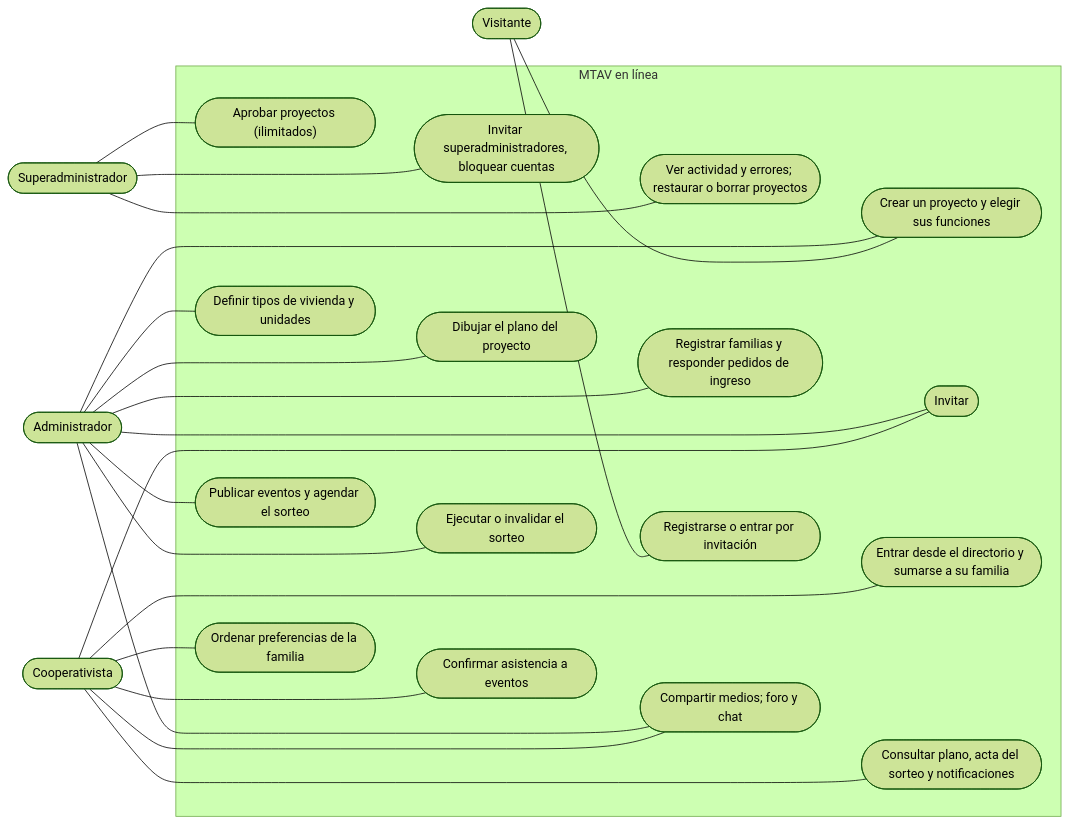
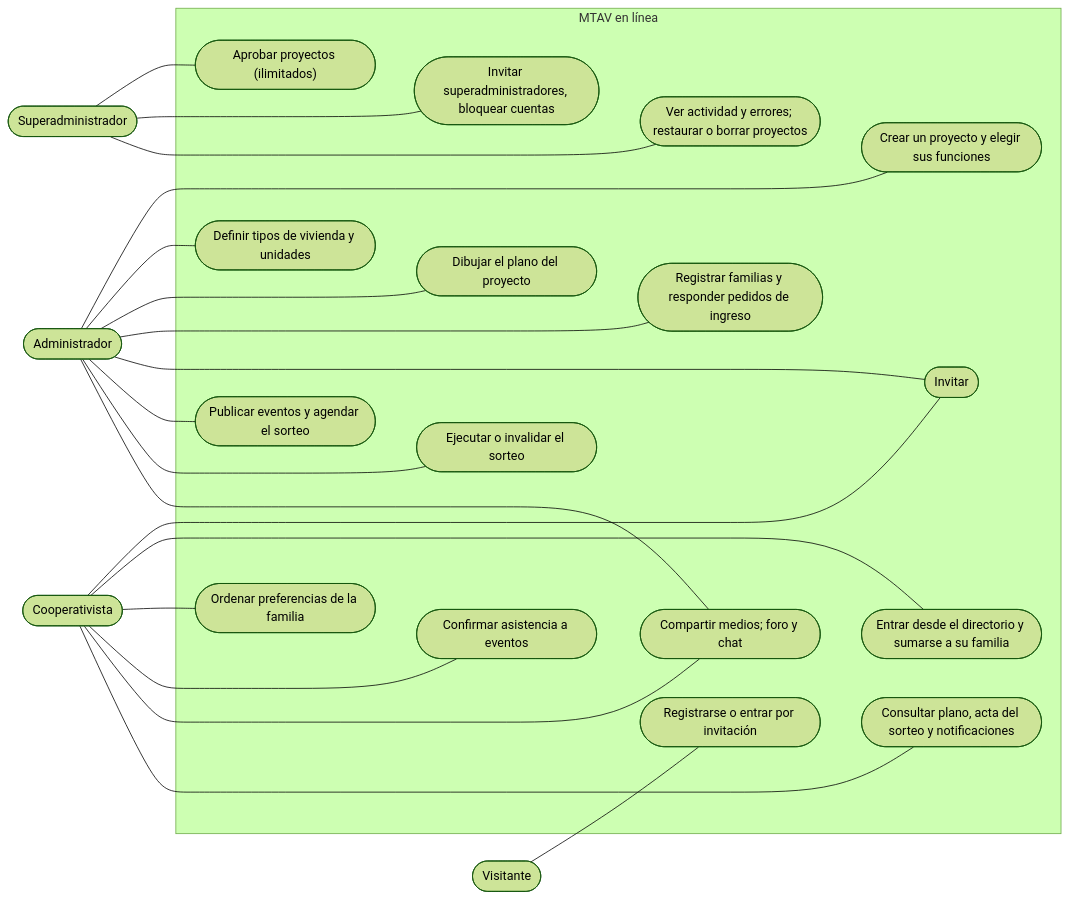
The diagram in documentation/thesis/assets/casos-uso.mmd (devvir/mtav), drawn with Mermaid (forest theme) before and after one commit. The commit also changed 18 other files, not shown here.

```diff
--- a/documentation/thesis/assets/casos-uso.mmd
+++ b/documentation/thesis/assets/casos-uso.mmd
@@ -1,48 +1,47 @@
 flowchart LR
     SA(["Superadministrador"])
     AD(["Administrador"])
     CO(["Cooperativista"])
     VI(["Visitante"])
 
     subgraph MTAV["MTAV en línea"]
         UC1(["Aprobar proyectos (ilimitados)"])
         UC2(["Invitar superadministradores, bloquear cuentas"])
         UC3(["Ver actividad y errores; restaurar o borrar proyectos"])
         UC4(["Crear un proyecto y elegir sus funciones"])
         UC5(["Definir tipos de vivienda y unidades"])
         UC6(["Dibujar el plano del proyecto"])
         UC7(["Registrar familias y responder pedidos de ingreso"])
         UC8(["Invitar"])
         UC9(["Publicar eventos y agendar el sorteo"])
         UC10(["Ejecutar o invalidar el sorteo"])
         UC11(["Registrarse o entrar por invitación"])
         UC12(["Entrar desde el directorio y sumarse a su familia"])
         UC13(["Ordenar preferencias de la familia"])
         UC14(["Confirmar asistencia a eventos"])
         UC15(["Compartir medios; foro y chat"])
         UC16(["Consultar plano, acta del sorteo y notificaciones"])
         UC1 ~~~ UC2 ~~~ UC3 ~~~ UC4
         UC5 ~~~ UC6 ~~~ UC7 ~~~ UC8
         UC9 ~~~ UC10 ~~~ UC11 ~~~ UC12
         UC13 ~~~ UC14 ~~~ UC15 ~~~ UC16
     end
 
     SA --- UC1
     SA --- UC2
     SA --- UC3
     AD --- UC4
     AD --- UC5
     AD --- UC6
     AD --- UC7
     AD --- UC8
     AD --- UC9
     AD --- UC10
     AD --- UC15
     CO --- UC8
     CO --- UC12
     CO --- UC13
     CO --- UC14
     CO --- UC15
     CO --- UC16
-    VI --- UC4
     VI --- UC11
```
